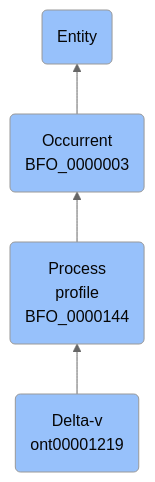
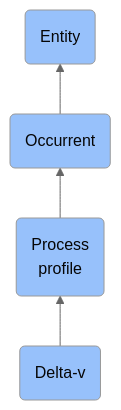
One commit to jupyter-naas/abi changed the diagram in docs/ontology/reference/model/Entity/Occurrent/Process profile/Delta-v/Delta-v.md. Above: the diagram before and after it, drawn with Mermaid (neutral theme). The commit also changed other lines of this file and 1430 other files, not shown here.

````diff
--- a/docs/ontology/reference/model/Entity/Occurrent/Process profile/Delta-v/Delta-v.md
+++ b/docs/ontology/reference/model/Entity/Occurrent/Process profile/Delta-v/Delta-v.md
@@ -25,11 +25,11 @@
 ```mermaid
 graph BT
-    ont00001219(Delta-v<br>ont00001219):::BFO-->BFO_0000144
-    BFO_0000144(Process<br>profile<br>BFO_0000144):::BFO-->BFO_0000003
-    BFO_0000003(Occurrent<br>BFO_0000003):::BFO-->BFO_0000001
+    ont00001219(Delta-v):::BFO-->BFO_0000144
+    BFO_0000144(Process<br>profile):::BFO-->BFO_0000003
+    BFO_0000003(Occurrent):::BFO-->BFO_0000001
     BFO_0000001(Entity):::BFO
     
     classDef BFO fill:#97c1fb,color:#060606
     classDef CCO fill:#e4c51e,color:#060606
     classDef ABI fill:#48DD82,color:#060606
 ```
````
